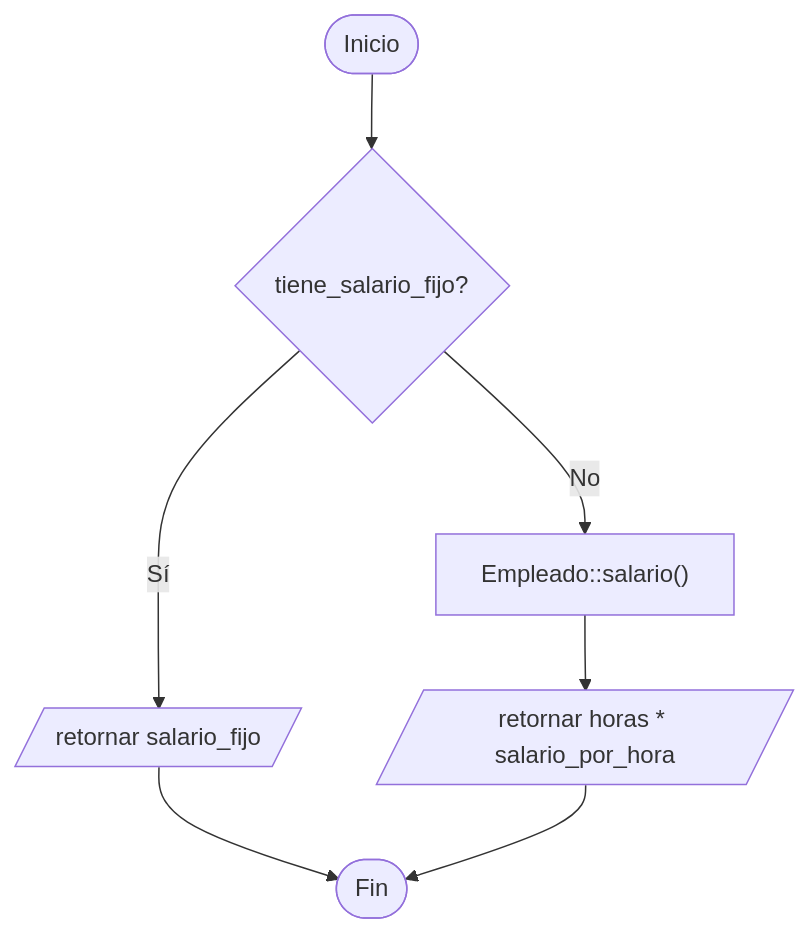
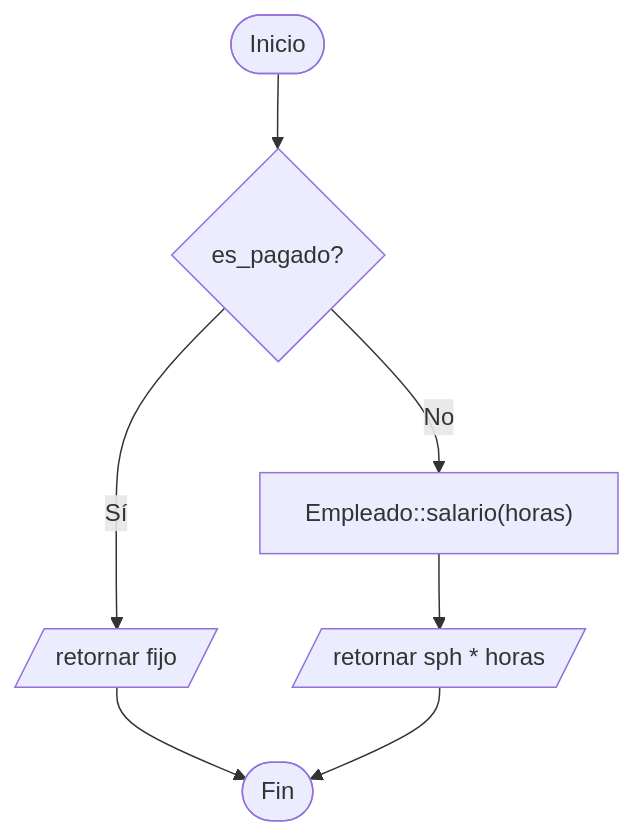
Before and after one commit to CursosProgramacionEP/PO_UTEC_Semana13: the second of 2 diagrams in A3_EmpleadoConsultor/README.md, drawn with Mermaid. The commit also changed other lines of this file and 30 other files, not shown here.

Commit message:
Semana 13 - A1, A2 y A3 ajustados a los diagramas de las diapositivas

````diff
--- a/A3_EmpleadoConsultor/README.md
+++ b/A3_EmpleadoConsultor/README.md
@@ -81,9 +97,9 @@
 ```mermaid
 flowchart TD
-    A([Inicio]) --> B{"tiene_salario_fijo?"}
-    B -- Sí --> C[/"retornar salario_fijo"/]
-    B -- No --> D["Empleado::salario()"]
-    D --> E[/"retornar horas * salario_por_hora"/]
+    A([Inicio]) --> B{"es_pagado?"}
+    B -- Sí --> C[/"retornar fijo"/]
+    B -- No --> D["Empleado::salario(horas)"]
+    D --> E[/"retornar sph * horas"/]
     C --> F([Fin])
     E --> F
 ```
````
